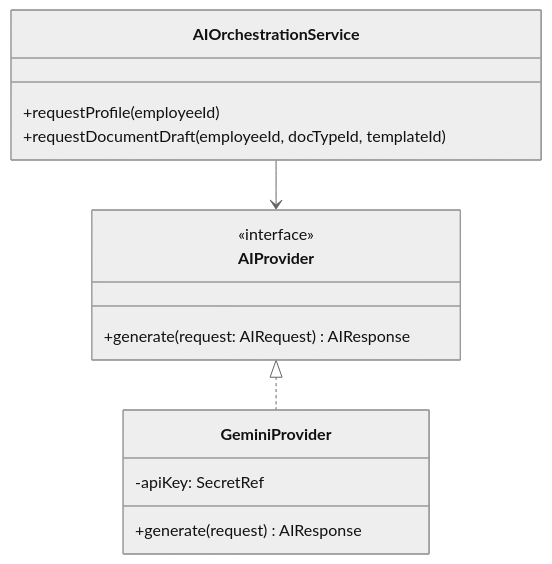
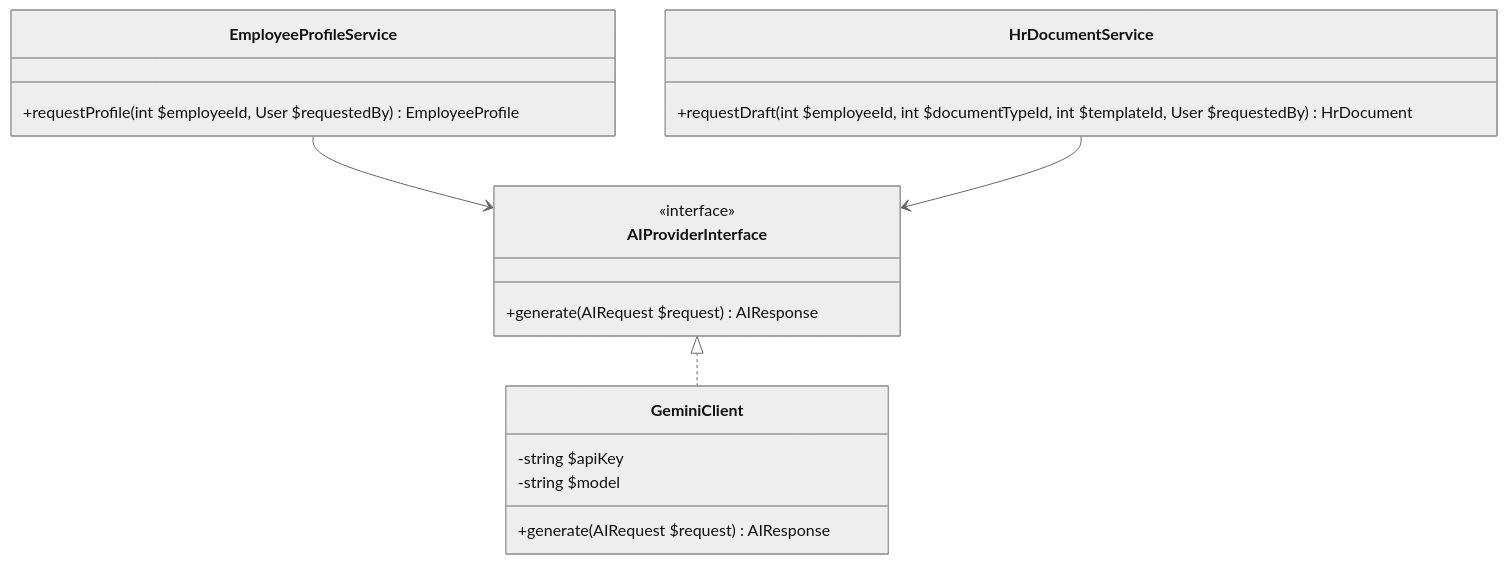
One commit to superrjay/superrjay changed the second of 5 diagrams in docs/ai-architecture.md. Above: the diagram before and after it, drawn with Mermaid (neutral theme). The commit also changed other lines of this file and 6 other files, not shown here.

````diff
--- a/docs/ai-architecture.md
+++ b/docs/ai-architecture.md
@@ -98,17 +104,21 @@
 ```mermaid
 classDiagram
-    class AIProvider {
+    class AIProviderInterface {
         <<interface>>
-        +generate(request: AIRequest) AIResponse
+        +generate(AIRequest $request) AIResponse
     }
-    class GeminiProvider {
-        -apiKey: SecretRef
-        +generate(request) AIResponse
+    class GeminiClient {
+        -string $apiKey
+        -string $model
+        +generate(AIRequest $request) AIResponse
     }
-    class AIOrchestrationService {
-        +requestProfile(employeeId)
-        +requestDocumentDraft(employeeId, docTypeId, templateId)
+    class EmployeeProfileService {
+        +requestProfile(int $employeeId, User $requestedBy) EmployeeProfile
     }
-    AIProvider <|.. GeminiProvider
-    AIOrchestrationService --> AIProvider
+    class HrDocumentService {
+        +requestDraft(int $employeeId, int $documentTypeId, int $templateId, User $requestedBy) HrDocument
+    }
+    AIProviderInterface <|.. GeminiClient
+    EmployeeProfileService --> AIProviderInterface
+    HrDocumentService --> AIProviderInterface
 ```
````
